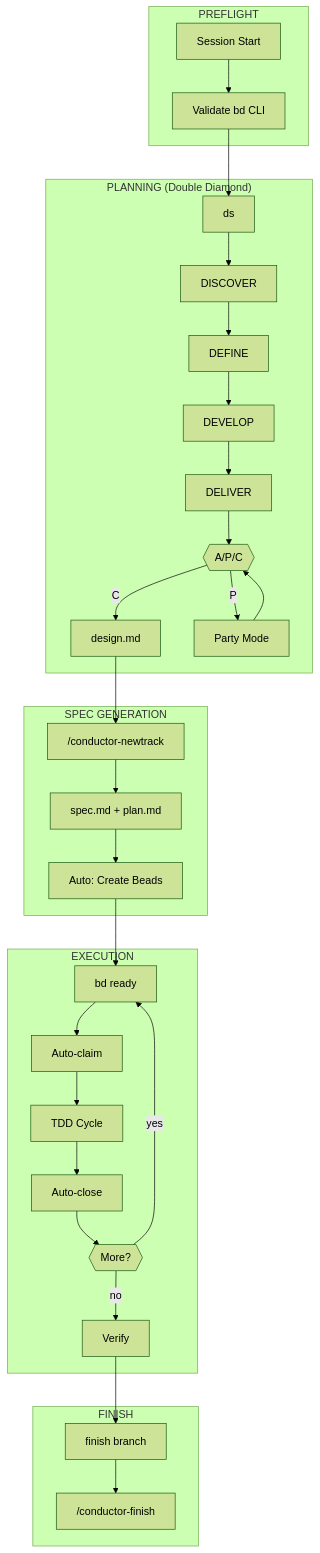
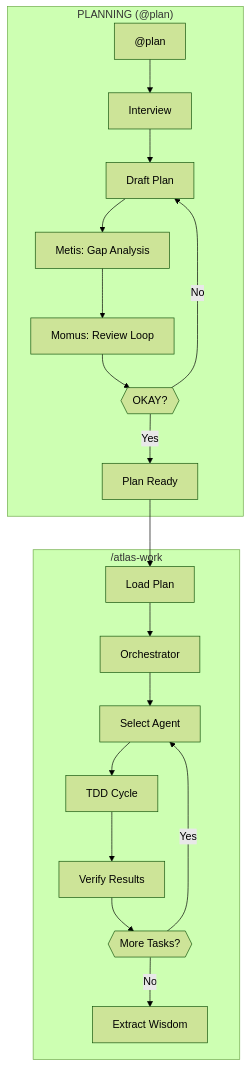
One commit to ReinaMacCredy/maestro changed the second of 8 diagrams in docs/ARCHITECTURE.md. Above: the diagram before and after it, drawn with Mermaid (forest theme). The commit also changed other lines of this file and 5 other files, not shown here.

````diff
--- a/docs/ARCHITECTURE.md
+++ b/docs/ARCHITECTURE.md
@@ -54,40 +67,24 @@
 ```mermaid
 flowchart TB
-    subgraph PREFLIGHT["PREFLIGHT"]
-        PF_START["Session Start"] --> PF_BD["Validate bd CLI"]
+    subgraph PLANNING["PLANNING (@plan)"]
+        PL_START["@plan"] --> PL_INTERVIEW["Interview"]
+        PL_INTERVIEW --> PL_DRAFT["Draft Plan"]
+        PL_DRAFT --> PL_METIS["Metis: Gap Analysis"]
+        PL_METIS --> PL_MOMUS["Momus: Review Loop"]
+        PL_MOMUS --> PL_OKAY{{"OKAY?"}}
+        PL_OKAY -->|"No"| PL_DRAFT
+        PL_OKAY -->|"Yes"| PL_DONE["Plan Ready"]
     end
 
-    subgraph PLANNING["PLANNING (Double Diamond)"]
-        DS["ds"] --> DISCOVER["DISCOVER"] --> DEFINE["DEFINE"]
-        DEFINE --> DEVELOP["DEVELOP"] --> DELIVER["DELIVER"]
-        DELIVER --> APC{{"A/P/C"}}
-        APC -->|"C"| DESIGND["design.md"]
-        APC -->|"P"| PARTY["Party Mode"]
-        PARTY --> APC
+    subgraph EXECUTION["/atlas-work"]
+        EX_LOAD["Load Plan"] --> EX_ORCH["Orchestrator"]
+        EX_ORCH --> EX_SELECT["Select Agent"]
+        EX_SELECT --> EX_TDD["TDD Cycle"]
+        EX_TDD --> EX_VERIFY["Verify Results"]
+        EX_VERIFY --> EX_MORE{{"More Tasks?"}}
+        EX_MORE -->|"Yes"| EX_SELECT
+        EX_MORE -->|"No"| EX_WISDOM["Extract Wisdom"]
     end
 
-    subgraph SPEC["SPEC GENERATION"]
-        NEWTRACK["/conductor-newtrack"]
-        SPECMD["spec.md + plan.md"]
-        AUTO_FB["Auto: Create Beads"]
-    end
-
-    subgraph EXECUTION["EXECUTION"]
-        READY["bd ready"] --> CLAIM["Auto-claim"]
-        CLAIM --> TDD["TDD Cycle"]
-        TDD --> CLOSE["Auto-close"]
-        CLOSE --> MORE{{"More?"}}
-        MORE -->|"yes"| READY
-        MORE -->|"no"| VERIFY["Verify"]
-    end
-
-    subgraph FINISH["FINISH"]
-        BRANCH["finish branch"]
-        FINISH_CMD["/conductor-finish"]
-    end
-
-    PF_BD --> DS
-    DESIGND --> NEWTRACK
-    NEWTRACK --> SPECMD --> AUTO_FB --> READY
-    VERIFY --> BRANCH --> FINISH_CMD
+    PL_DONE --> EX_LOAD
 ```
````
